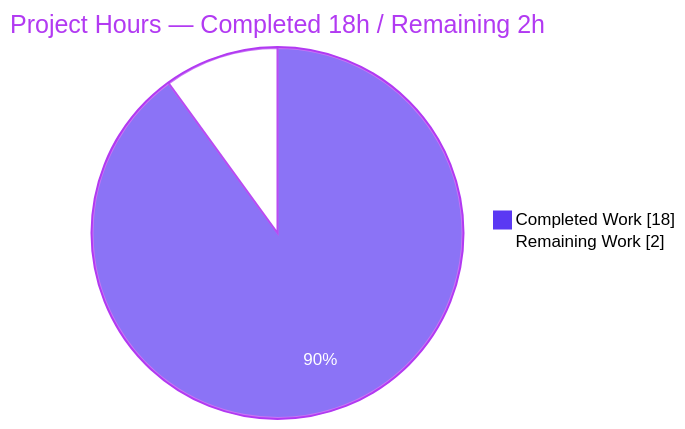
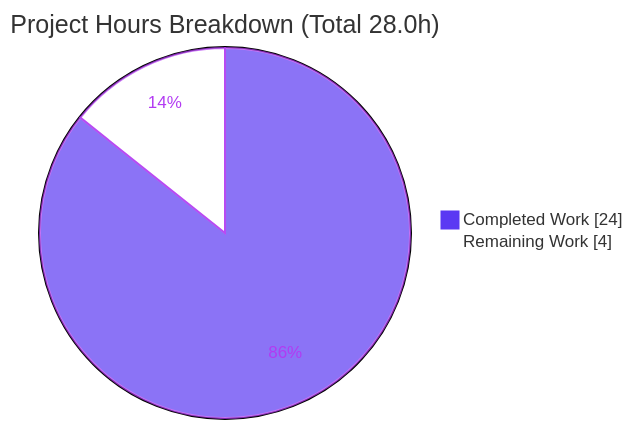
The second of 3 diagrams in blitzy/documentation/Project Guide.md (Adarsh26062002/blitzyignore-submodule-test), drawn with Mermaid before and after one commit. The commit also changed other lines of this file, not shown here.

Commit message:
Adding Blitzy Project Guide: Project Status and Human Tasks Remaining

````diff
--- a/blitzy/documentation/Project Guide.md
+++ b/blitzy/documentation/Project Guide.md
@@ -204,6 +196,6 @@
 ```mermaid
-%%{init: {'theme':'base','themeVariables':{'pie1':'#5B39F3','pie2':'#FFFFFF','pieStrokeColor':'#B23AF2','pieOuterStrokeColor':'#B23AF2','pieTitleTextColor':'#B23AF2','pieSectionTextColor':'#FFFFFF','pieLegendTextColor':'#000000','pieStrokeWidth':'2px'}}}%%
-pie showData title Project Hours — Completed 18h / Remaining 2h
-    "Completed Work" : 18
-    "Remaining Work" : 2
+%%{init: {'theme':'base','themeVariables':{'pie1':'#5B39F3','pie2':'#FFFFFF','pieStrokeColor':'#B23AF2','pieStrokeWidth':'2px','pieSectionTextColor':'#B23AF2'}}}%%
+pie showData title Project Hours Breakdown (Total 28.0h)
+    "Completed Work" : 24
+    "Remaining Work" : 4
 ```
````
